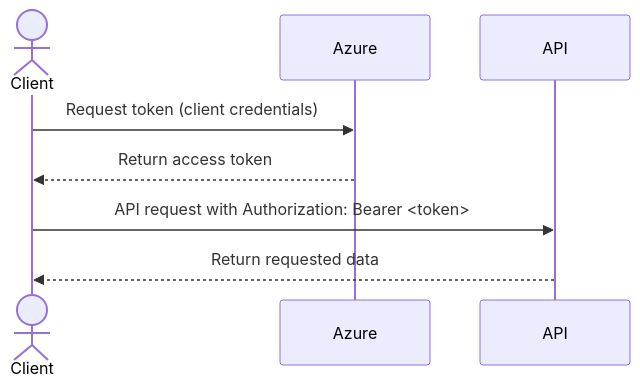
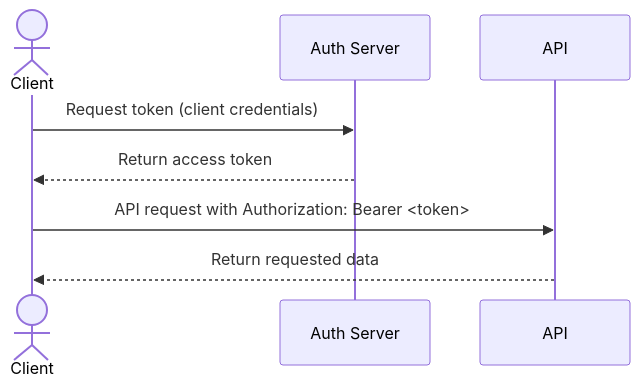
The diagram in docs/procedures/oauth.rst (destiny-evidence/destiny-repository), drawn with Mermaid before and after one commit. The commit also changed other lines of this file and 3 other files, not shown here.

Commit message:
update documentation with dns and keycloak flows

```diff
--- a/docs/procedures/oauth.rst
+++ b/docs/procedures/oauth.rst
@@ -17,10 +17,10 @@
 .. mermaid::
 
     sequenceDiagram
         actor Client
-        participant Azure
+        participant Auth Server
         participant API
-        Client->>Azure: Request token (client credentials)
-        Azure-->>Client: Return access token
+        Client->>Auth Server: Request token (client credentials)
+        Auth Server-->>Client: Return access token
         Client->>API: API request with Authorization: Bearer <token>
         API-->>Client: Return requested data
```
